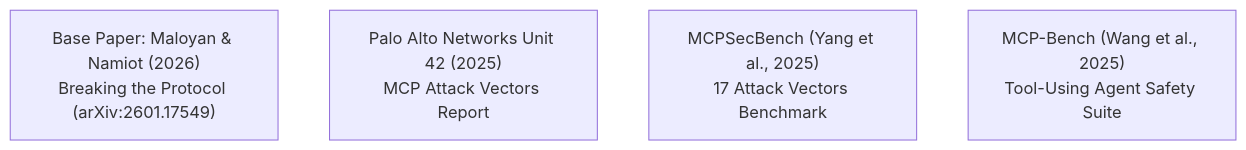
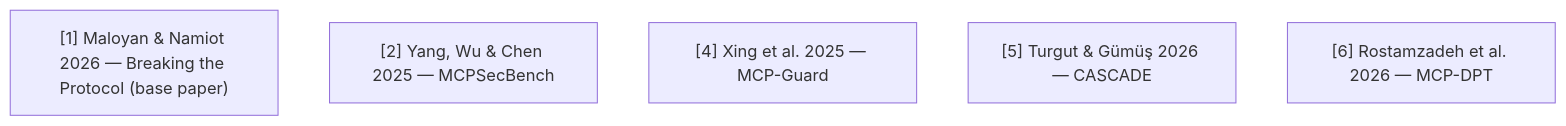
One commit to rishikeshvarma/MCP-Shield changed the sixth of 10 diagrams in MCP-Shield Complete Presentation Script & Project Blueprint.md. Above: the diagram before and after it, drawn with Mermaid. The commit also changed other lines of this file and 10 other files, not shown here.

````diff
--- a/MCP-Shield Complete Presentation Script & Project Blueprint.md
+++ b/MCP-Shield Complete Presentation Script & Project Blueprint.md
@@ -203,7 +195,8 @@
 ```mermaid
 graph TD
-    Lit1["Base Paper: Maloyan & Namiot (2026)<br>Breaking the Protocol (arXiv:2601.17549)"]
-    Lit2["Palo Alto Networks Unit 42 (2025)<br>MCP Attack Vectors Report"]
-    Lit3["MCPSecBench (Yang et al., 2025)<br>17 Attack Vectors Benchmark"]
-    Lit4["MCP-Bench (Wang et al., 2025)<br>Tool-Using Agent Safety Suite"]
+    L1["[1] Maloyan & Namiot 2026 — Breaking the Protocol (base paper)"]
+    L2["[2] Yang, Wu & Chen 2025 — MCPSecBench"]
+    L4["[4] Xing et al. 2025 — MCP-Guard"]
+    L5["[5] Turgut & Gümüş 2026 — CASCADE"]
+    L6["[6] Rostamzadeh et al. 2026 — MCP-DPT"]
 ```
````
